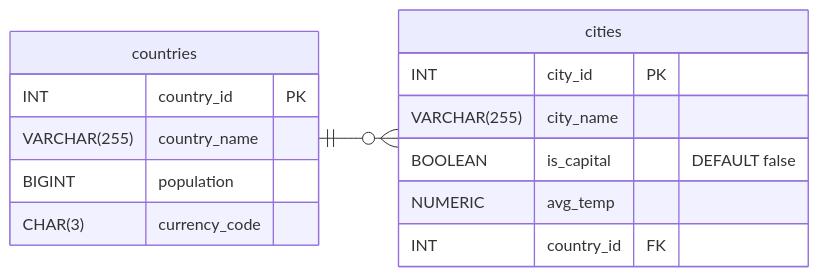
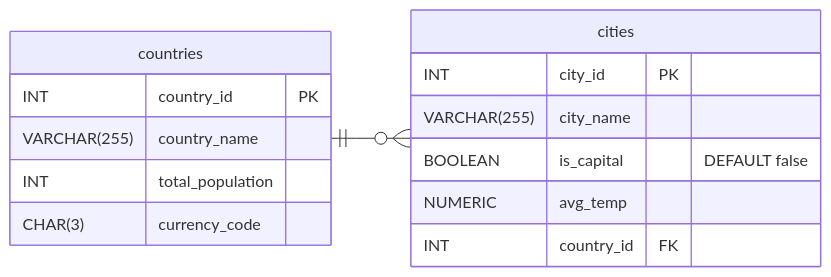
One commit to mmantle-hud/githubpages changed the third of 3 diagrams in module_3_relationships/3.1_one_to_many_relationships/3.1.1_reading_one_to_many_relationships.md. Above: the diagram before and after it, drawn with Mermaid. The commit also changed other lines of this file and 13 other files, not shown here.

```diff
--- a/module_3_relationships/3.1_one_to_many_relationships/3.1.1_reading_one_to_many_relationships.md
+++ b/module_3_relationships/3.1_one_to_many_relationships/3.1.1_reading_one_to_many_relationships.md
@@ -166,19 +164,22 @@
 <pre class="mermaid">
 erDiagram 
+    accTitle: Logical ERD showing countries and cities
+    accDescr: Logical ERD showing countries and cities
+
     direction LR
     countries||--o{cities : ""
 
     cities{
         INT city_id PK
         VARCHAR(255) city_name 
         BOOLEAN is_capital "DEFAULT false"
         NUMERIC avg_temp
         INT country_id FK
     }
     countries{
         INT country_id PK
         VARCHAR(255) country_name
-        BIGINT population
+        INT total_population
         CHAR(3) currency_code
     }
 </pre>
```
